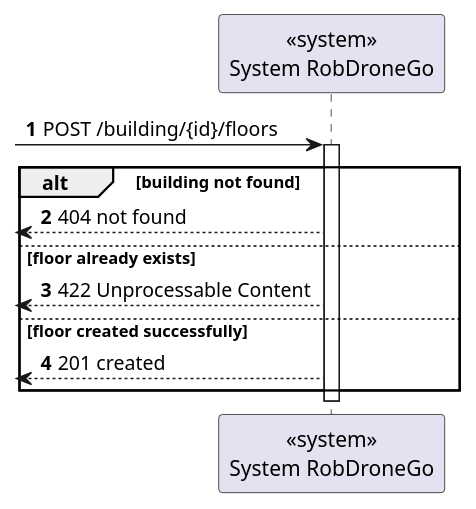
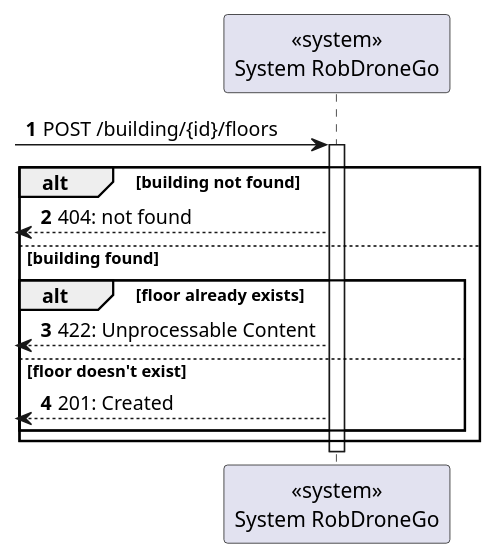
One commit to Departamento-de-Engenharia-Informatica/lapr5-23-24-g19 changed the diagram in docs/us190/level1/process-view.puml. Above: the diagram before and after it, drawn with PlantUML. The commit also changed 1 other file, not shown here.

```diff
--- a/docs/us190/level1/process-view.puml
+++ b/docs/us190/level1/process-view.puml
@@ -1,19 +1,21 @@
 @startuml
 autonumber
 
 participant "<<system>>\nSystem RobDroneGo" as sys
 
-    [-> sys: POST /building/{id}/floors
+[-> sys: POST /building/{id}/floors
 
-    activate sys
-    alt building not found
-        [<--sys : 404 not found
-    else floor already exists
-        [<--sys : 422 Unprocessable Content
-    else floor created successfully
-        [<--sys : 201 created
+activate sys
+alt building not found
+    [<--sys : 404: not found
+else building found
+    alt floor already exists
+        [<--sys : 422: Unprocessable Content
+    else floor doesn't exist
+        [<--sys : 201: Created
     end
-    deactivate sys
+end
+deactivate sys
 
 
 @enduml
```
